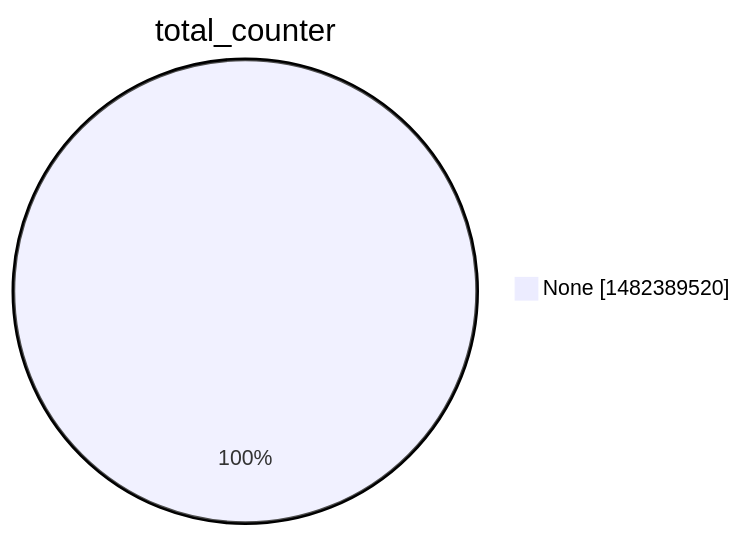
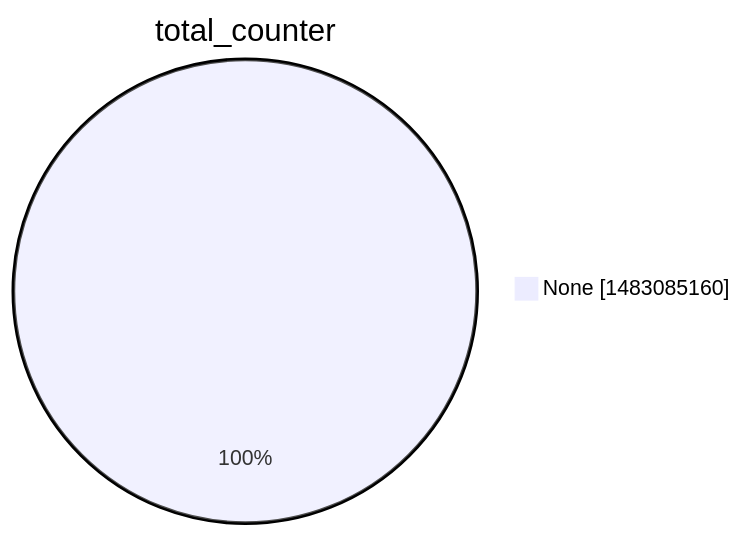
One commit to christiankrug/ctmonitor_visualization changed the second of 15 diagrams in argon2022/README.md. Above: the diagram before and after it, drawn with Mermaid. The commit also changed other lines of this file, not shown here.

````diff
--- a/argon2022/README.md
+++ b/argon2022/README.md
@@ -9,5 +9,5 @@
 ```mermaid
 pie showData
 title total_counter
-"None" :1482389520
+"None" :1483085160
 ```
````
